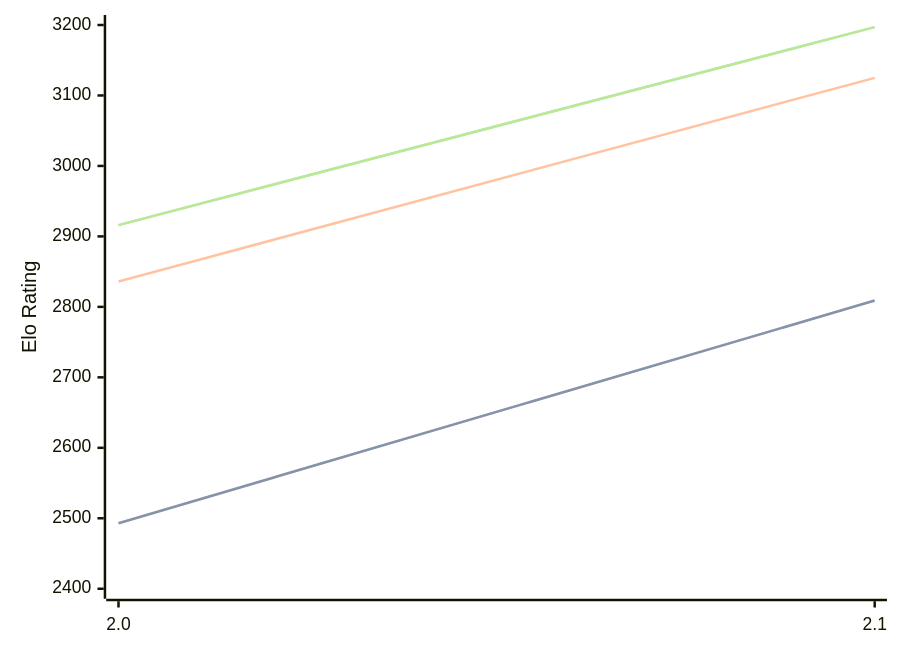
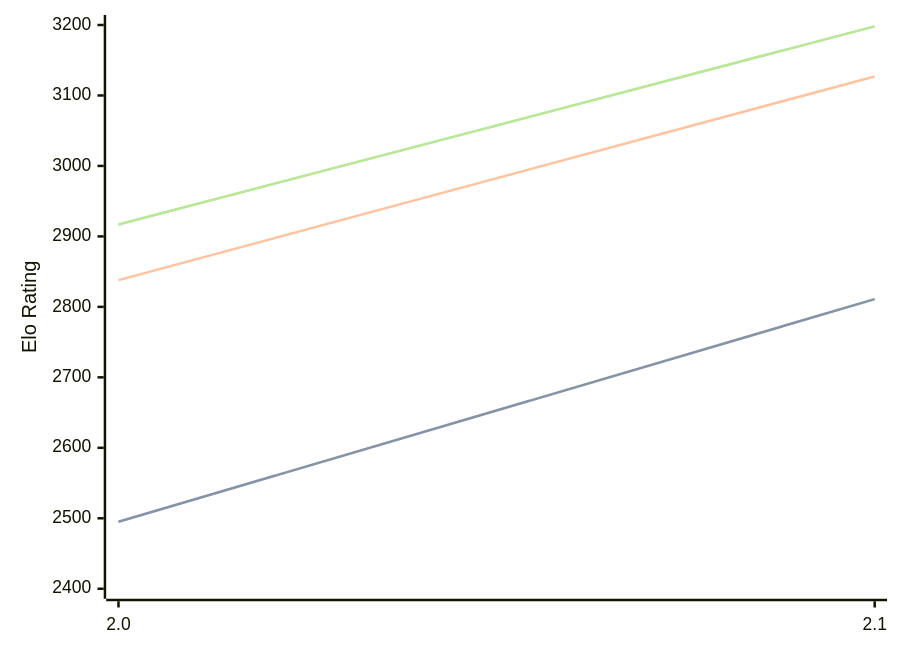
One commit to computer-chess-index/cci changed the third of 3 diagrams in engines/Tunguska.md. Above: the diagram before and after it, drawn with Mermaid. The commit also changed other lines of this file, not shown here.

Commit message:
Update CCI Ratings (ELO VLTC) - 2026-06-30

````diff
--- a/engines/Tunguska.md
+++ b/engines/Tunguska.md
@@ -65,11 +65,11 @@
 ```mermaid
 %%{init: {"theme":"base","themeVariables":{"seriesColors:['#a3a3a3','#222221','#faa371']}}}%%
 xychart-beta
   x-axis ["2.0", "2.1"]
   y-axis "Elo Rating" 2400 --> 3200
-  line "STC (8.0+0.08s)" [2493, 2809]
-  line "STC (8.0+0.08s)" [2493, 2809]
-  line "LTC (60.0+0.60s)" [2836, 3125]
-  line "VLTC (2m24s+1.12s)" [2916, 3197]
-  line "VLTC (2m24s+1.12s)" [2916, 3197]
+  line "STC (8.0+0.08s)" [2495, 2811]
+  line "STC (8.0+0.08s)" [2495, 2811]
+  line "LTC (60.0+0.60s)" [2838, 3127]
+  line "VLTC (2m24s+1.12s)" [2917, 3198]
+  line "VLTC (2m24s+1.12s)" [2917, 3198]
 ```
````
